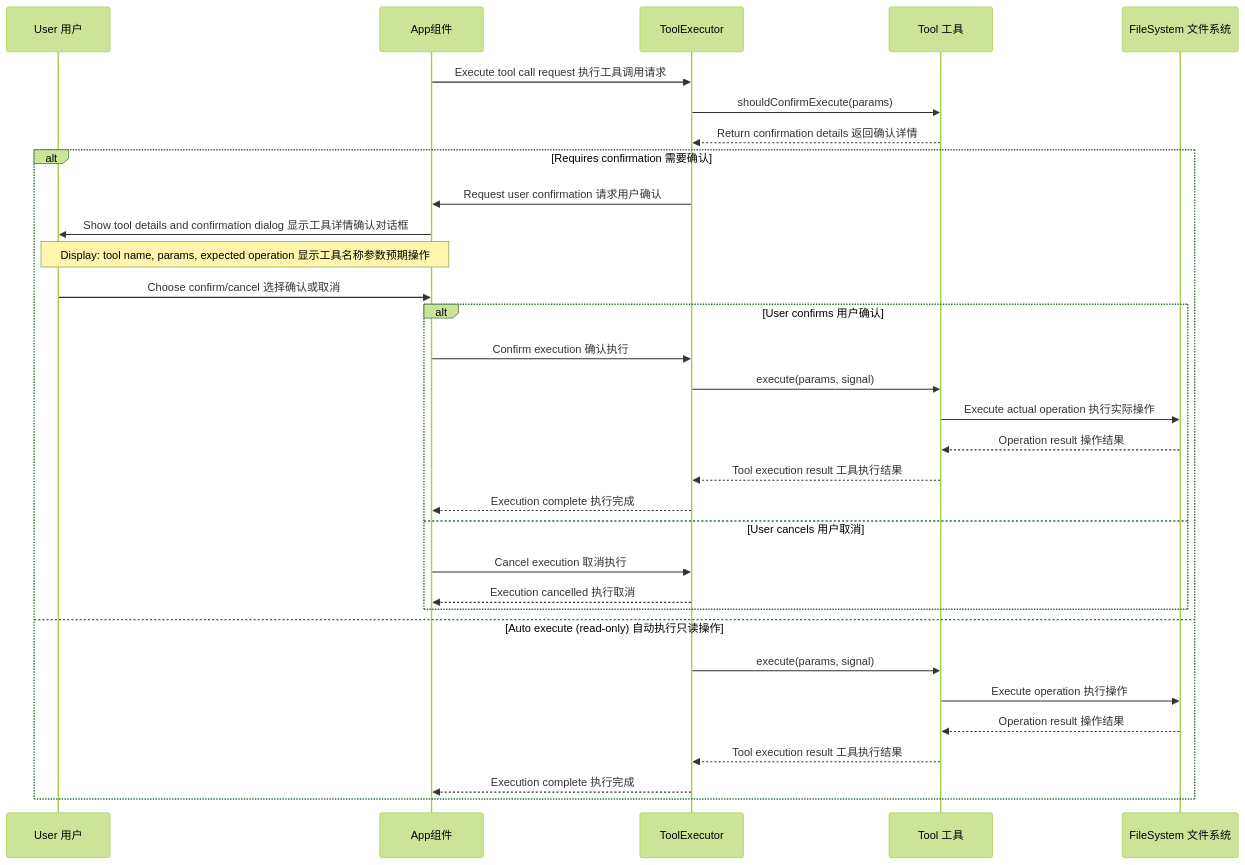
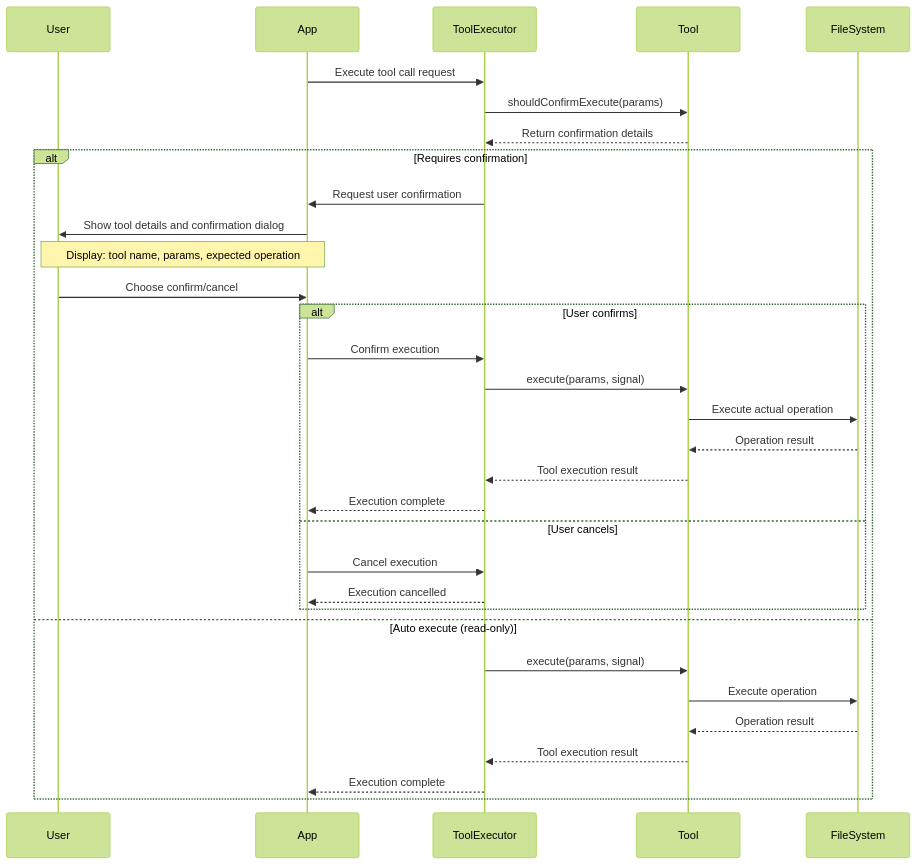
Before and after one commit to zhuangbiaowei/vitepress-ospo-writing-project: the second of 6 diagrams in docs/articles/gemini-cli-user-interaction-sequence.md, drawn with Mermaid (forest theme). The commit also changed other lines of this file and 113 other files, not shown here.

````diff
--- a/docs/articles/gemini-cli-user-interaction-sequence.md
+++ b/docs/articles/gemini-cli-user-interaction-sequence.md
@@ -70,38 +70,38 @@
 ```mermaid
 sequenceDiagram
-    participant User as User 用户
-    participant App as App组件
+    participant User as User
+    participant App as App
     participant ToolExecutor as ToolExecutor
-    participant Tool as Tool 工具
-    participant FileSystem as FileSystem 文件系统
+    participant Tool as Tool
+    participant FileSystem as FileSystem
 
-    App->>ToolExecutor: Execute tool call request 执行工具调用请求
+    App->>ToolExecutor: Execute tool call request
     ToolExecutor->>Tool: shouldConfirmExecute(params)
-    Tool-->>ToolExecutor: Return confirmation details 返回确认详情
+    Tool-->>ToolExecutor: Return confirmation details
 
-    alt Requires confirmation 需要确认
-        ToolExecutor->>App: Request user confirmation 请求用户确认
-        App->>User: Show tool details and confirmation dialog 显示工具详情确认对话框
-        Note over User,App: Display: tool name, params, expected operation 显示工具名称参数预期操作
+    alt Requires confirmation
+        ToolExecutor->>App: Request user confirmation
+        App->>User: Show tool details and confirmation dialog
+        Note over User,App: Display: tool name, params, expected operation
         
-        User->>App: Choose confirm/cancel 选择确认或取消
+        User->>App: Choose confirm/cancel
         
-        alt User confirms 用户确认
-            App->>ToolExecutor: Confirm execution 确认执行
+        alt User confirms
+            App->>ToolExecutor: Confirm execution
             ToolExecutor->>Tool: execute(params, signal)
-            Tool->>FileSystem: Execute actual operation 执行实际操作
-            FileSystem-->>Tool: Operation result 操作结果
-            Tool-->>ToolExecutor: Tool execution result 工具执行结果
-            ToolExecutor-->>App: Execution complete 执行完成
-        else User cancels 用户取消
-            App->>ToolExecutor: Cancel execution 取消执行
-            ToolExecutor-->>App: Execution cancelled 执行取消
+            Tool->>FileSystem: Execute actual operation
+            FileSystem-->>Tool: Operation result
+            Tool-->>ToolExecutor: Tool execution result
+            ToolExecutor-->>App: Execution complete
+        else User cancels
+            App->>ToolExecutor: Cancel execution
+            ToolExecutor-->>App: Execution cancelled
         end
-    else Auto execute (read-only) 自动执行只读操作
+    else Auto execute (read-only)
         ToolExecutor->>Tool: execute(params, signal)
-        Tool->>FileSystem: Execute operation 执行操作
-        FileSystem-->>Tool: Operation result 操作结果
-        Tool-->>ToolExecutor: Tool execution result 工具执行结果
-        ToolExecutor-->>App: Execution complete 执行完成
+        Tool->>FileSystem: Execute operation
+        FileSystem-->>Tool: Operation result
+        Tool-->>ToolExecutor: Tool execution result
+        ToolExecutor-->>App: Execution complete
     end
 ```
````
